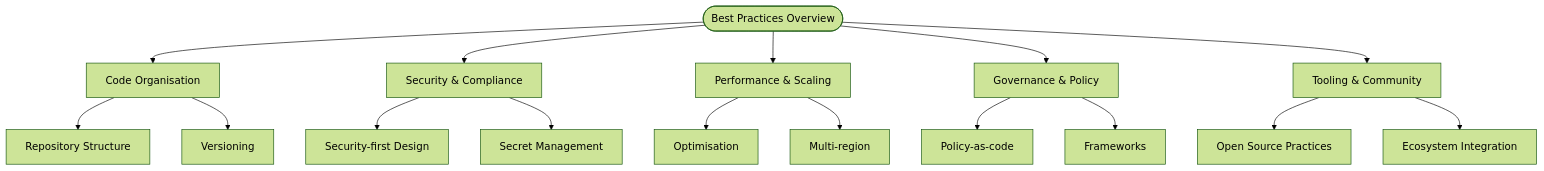
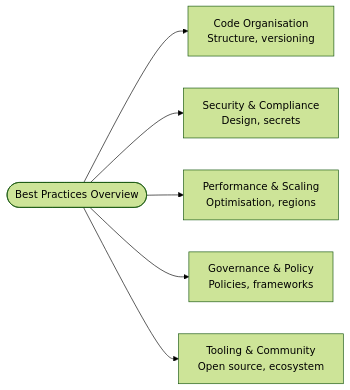
The diagram in docs/images/mindmap_22_best_practices.mmd (Geonitab/architecture_as_code), drawn with Mermaid (forest theme) before and after one commit. The commit also changed 165 other files, not shown here.

First line of the commit message:
Readable diagrams, a check that measures them, and the rules in the guides

```diff
--- a/docs/images/mindmap_22_best_practices.mmd
+++ b/docs/images/mindmap_22_best_practices.mmd
@@ -1,17 +1,12 @@
-graph TD
+flowchart LR
     ROOT(["Best Practices Overview"]):::geon-primary
-    ROOT --> CO["Code Organisation"]:::geon-accent
-    ROOT --> SC["Security & Compliance"]:::geon-accent
-    ROOT --> PS["Performance & Scaling"]:::geon-accent
-    ROOT --> GP["Governance & Policy"]:::geon-accent
-    ROOT --> TC["Tooling & Community"]:::geon-accent
-    CO --> CO1["Repository Structure"]:::geon-highlight
-    CO --> CO2["Versioning"]:::geon-highlight
-    SC --> SC1["Security-first Design"]:::geon-highlight
-    SC --> SC2["Secret Management"]:::geon-highlight
-    PS --> PS1["Optimisation"]:::geon-highlight
-    PS --> PS2["Multi-region"]:::geon-highlight
-    GP --> GP1["Policy-as-code"]:::geon-highlight
-    GP --> GP2["Frameworks"]:::geon-highlight
-    TC --> TC1["Open Source Practices"]:::geon-highlight
-    TC --> TC2["Ecosystem Integration"]:::geon-highlight
+    CO["Code Organisation<br/>Structure, versioning"]:::geon-accent
+    SC["Security & Compliance<br/>Design, secrets"]:::geon-accent
+    PS["Performance & Scaling<br/>Optimisation, regions"]:::geon-accent
+    GP["Governance & Policy<br/>Policies, frameworks"]:::geon-accent
+    TC["Tooling & Community<br/>Open source, ecosystem"]:::geon-accent
+    ROOT --> CO
+    ROOT --> SC
+    ROOT --> PS
+    ROOT --> GP
+    ROOT --> TC
```
